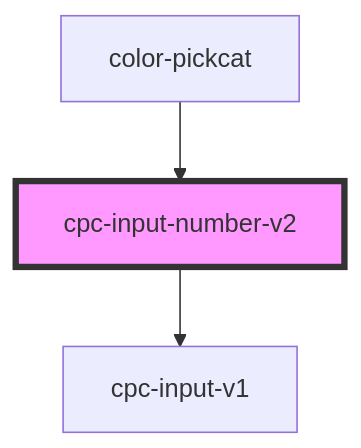
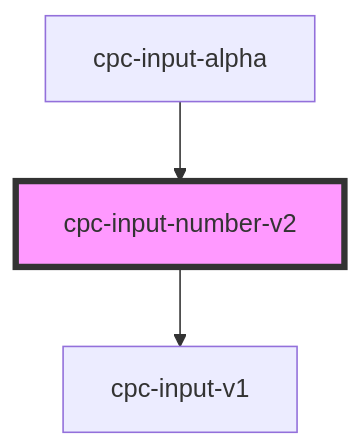
One commit to luislozad/color-pickcat changed the diagram in src/components/cpc-input-number-v2/readme.md. Above: the diagram before and after it, drawn with Mermaid. The commit also changed other lines of this file and 77 other files, not shown here.

````diff
--- a/src/components/cpc-input-number-v2/readme.md
+++ b/src/components/cpc-input-number-v2/readme.md
@@ -35,6 +37,6 @@
 ```mermaid
 graph TD;
   cpc-input-number-v2 --> cpc-input-v1
-  color-pickcat --> cpc-input-number-v2
+  cpc-input-alpha --> cpc-input-number-v2
   style cpc-input-number-v2 fill:#f9f,stroke:#333,stroke-width:4px
 ```
````
